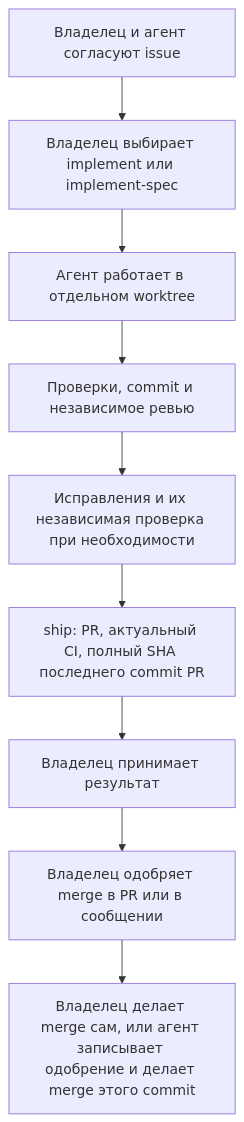
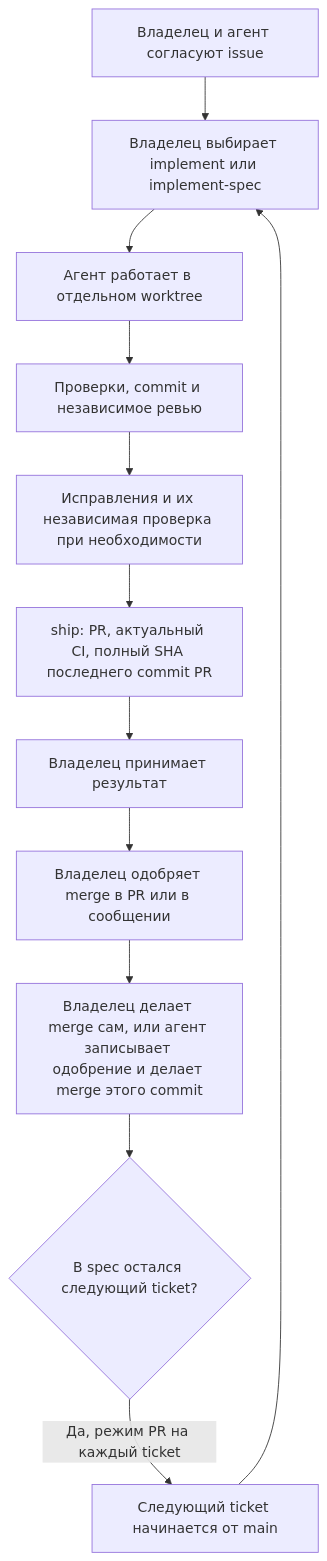
Before and after one commit to KirillSachkov/interview-sensei: the diagram in docs/process.ru.md, drawn with Mermaid. The commit also changed other lines of this file and 2 other files, not shown here.

Commit message:
Ответы владельца: запуск цепочки tickets, замечания, пауза и цикл на схеме

````diff
--- a/docs/process.ru.md
+++ b/docs/process.ru.md
@@ -7,11 +7,14 @@
 ```mermaid
 flowchart TD
     A["Владелец и агент согласуют issue"] --> B["Владелец выбирает implement или implement-spec"]
     B --> C["Агент работает в отдельном worktree"]
     C --> D["Проверки, commit и независимое ревью"]
     D --> E["Исправления и их независимая проверка при необходимости"]
     E --> F["ship: PR, актуальный CI, полный SHA последнего commit PR"]
     F --> G["Владелец принимает результат"]
     G --> H["Владелец одобряет merge в PR или в сообщении"]
     H --> I["Владелец делает merge сам, или агент записывает одобрение и делает merge этого commit"]
+    I --> J{"В spec остался следующий ticket?"}
+    J -- "Да, режим PR на каждый ticket" --> K["Следующий ticket начинается от main"]
+    K --> B
 ```
````
